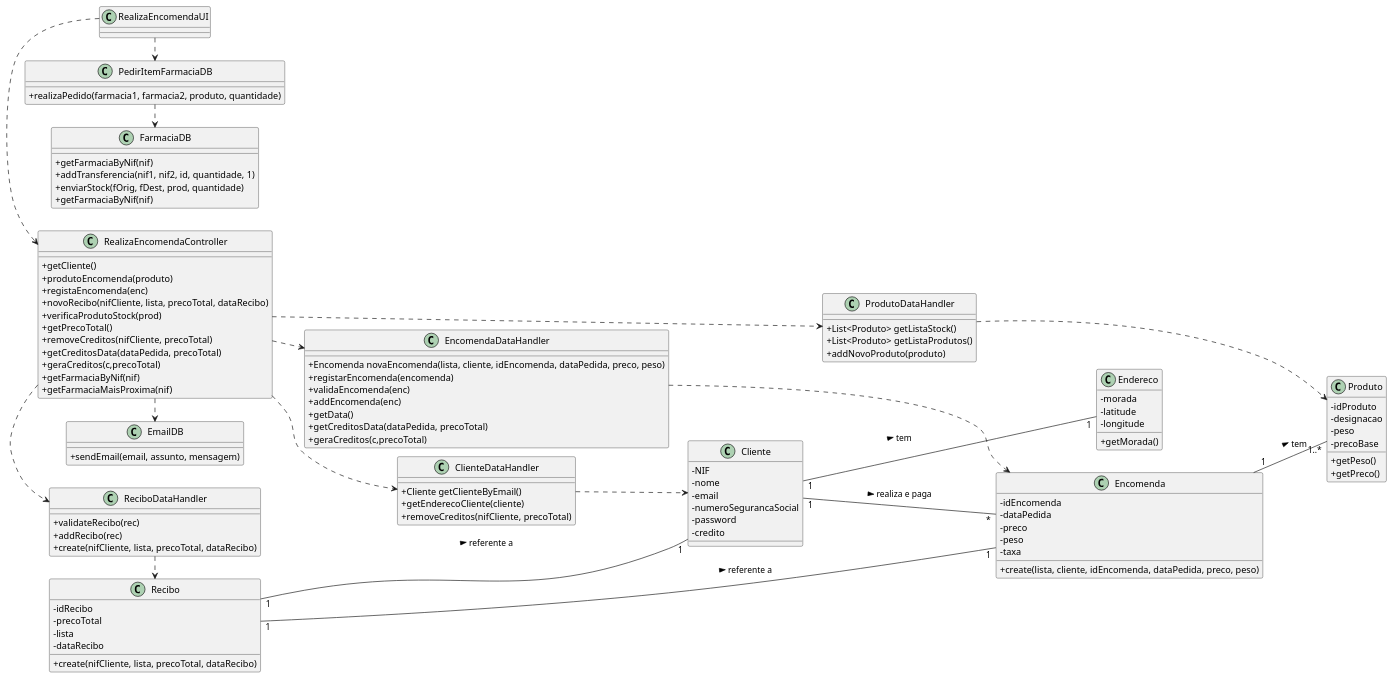
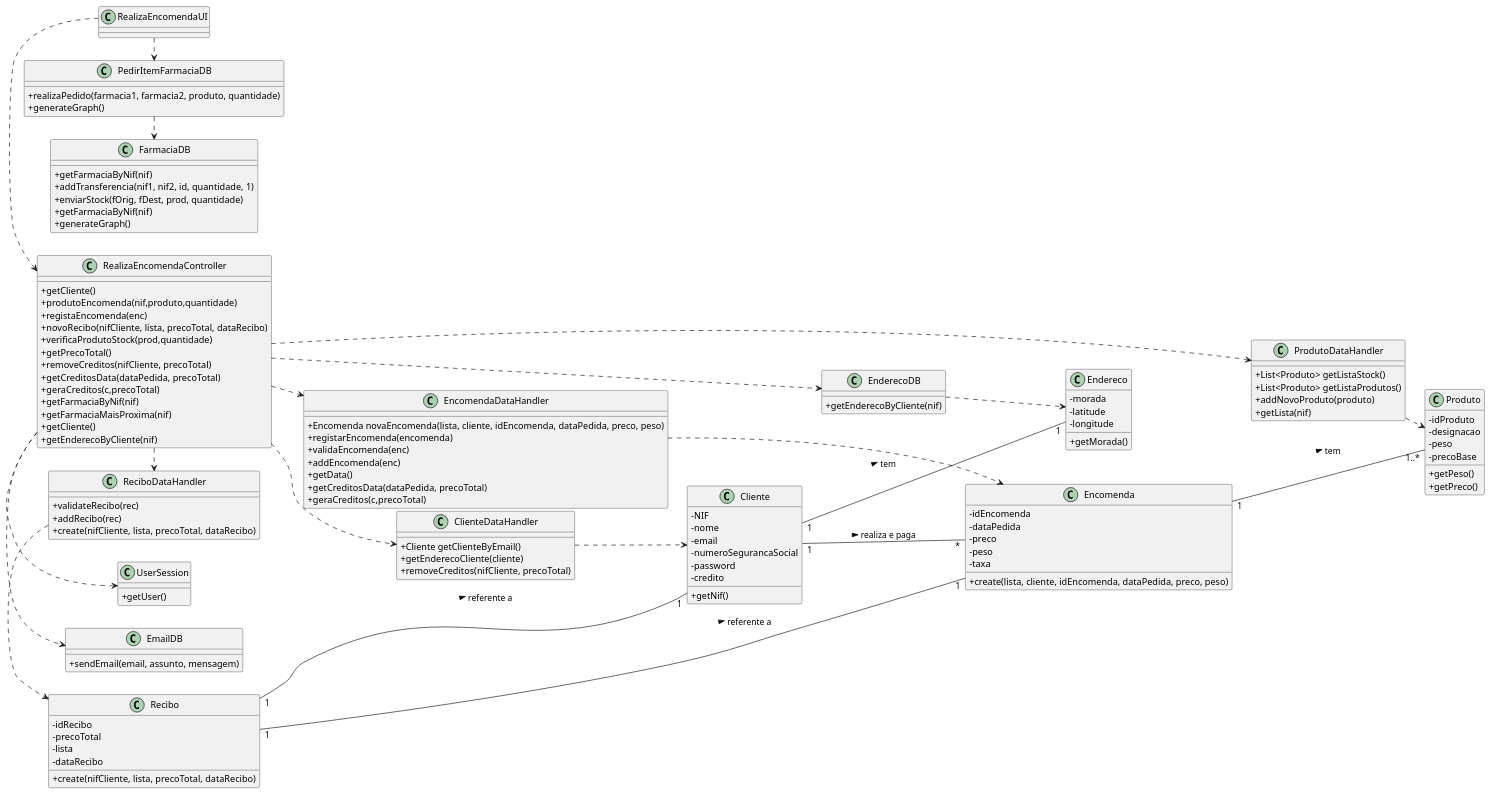
The diagram in docs/UC25/CD.puml (pedrolemos4/LAPR3), drawn with PlantUML before and after one commit. The commit also changed 5 other files, not shown here.

```diff
--- a/docs/UC25/CD.puml
+++ b/docs/UC25/CD.puml
@@ -1,132 +1,152 @@
 @startuml
 skinparam classAttributeIconSize 0
 left to right direction
 
 
 class RealizaEncomendaUI {
     
 }
 
 class RealizaEncomendaController {
     +getCliente()
-    +produtoEncomenda(produto)
+    +produtoEncomenda(nif,produto,quantidade)
     +registaEncomenda(enc)
     +novoRecibo(nifCliente, lista, precoTotal, dataRecibo)
-    +verificaProdutoStock(prod)
+    +verificaProdutoStock(prod,quantidade)
     +getPrecoTotal()
     +removeCreditos(nifCliente, precoTotal)
     +getCreditosData(dataPedida, precoTotal)
     +geraCreditos(c,precoTotal)
     +getFarmaciaByNif(nif)
     +getFarmaciaMaisProxima(nif)
+    +getCliente()
+    +getEnderecoByCliente(nif)
+}
+
+class UserSession {
+    +getUser()
 }
 
 class ClienteDataHandler {
     +Cliente getClienteByEmail()
     +getEnderecoCliente(cliente)
     +removeCreditos(nifCliente, precoTotal)
+}
+
+class EnderecoDB {
+    +getEnderecoByCliente(nif)
 }
 
 class EmailDB {
     +sendEmail(email, assunto, mensagem)
 }
 
 class ReciboDataHandler {
     +validateRecibo(rec)
     +addRecibo(rec)
     +create(nifCliente, lista, precoTotal, dataRecibo)
 }
 
 class ProdutoDataHandler {
     +List<Produto> getListaStock()
     +List<Produto> getListaProdutos()
     +addNovoProduto(produto)
+    +getLista(nif)
 }
 
 class EncomendaDataHandler {
     +Encomenda novaEncomenda(lista, cliente, idEncomenda, dataPedida, preco, peso)
     +registarEncomenda(encomenda)
     +validaEncomenda(enc)
     +addEncomenda(enc)
     +getData()
     +getCreditosData(dataPedida, precoTotal)
     +geraCreditos(c,precoTotal)
 }
 
 class FarmaciaDB {
     +getFarmaciaByNif(nif)
     +addTransferencia(nif1, nif2, id, quantidade, 1)
     +enviarStock(fOrig, fDest, prod, quantidade)
     +getFarmaciaByNif(nif)
+    +generateGraph()
 }
 
 class PedirItemFarmaciaDB {
     +realizaPedido(farmacia1, farmacia2, produto, quantidade)
+    +generateGraph()
 }
 
 class Recibo {
   -idRecibo
   -precoTotal
   -lista
   -dataRecibo
   +create(nifCliente, lista, precoTotal, dataRecibo)
 }
 
 class Encomenda {
   -idEncomenda
   -dataPedida
   -preco
   -peso
   -taxa
   +create(lista, cliente, idEncomenda, dataPedida, preco, peso)
 }
 
 class Produto {
     -idProduto
     -designacao
     -peso
     -precoBase
     +getPeso()
     +getPreco()
 }
 
 class Endereco {
   -morada
   -latitude
   -longitude
   +getMorada()
 }
 
 class Cliente {
   -NIF
   -nome
   -email
   -numeroSegurancaSocial
   -password
   -credito
+  +getNif()
 }
 
 RealizaEncomendaUI .> RealizaEncomendaController
 
 RealizaEncomendaController .> ClienteDataHandler
 RealizaEncomendaController .> ProdutoDataHandler
 RealizaEncomendaController .> EncomendaDataHandler
 RealizaEncomendaController .> ReciboDataHandler
 RealizaEncomendaController .> EmailDB
+
+RealizaEncomendaController .> EnderecoDB
+
+EnderecoDB .> Endereco
+
+RealizaEncomendaController .> UserSession
 
 RealizaEncomendaUI .> PedirItemFarmaciaDB
 
 PedirItemFarmaciaDB .> FarmaciaDB
 
 ClienteDataHandler .> Cliente
 ProdutoDataHandler .> Produto
 EncomendaDataHandler .> Encomenda
 ReciboDataHandler .> Recibo
 
 Recibo "1" -- "1" Encomenda: referente a >
 Recibo "1" -- "1" Cliente: referente a >
 Cliente "1" -- "*" Encomenda: realiza e paga >
 Encomenda "1" -- "1..*" Produto: tem >
 Cliente "1" -- "1" Endereco: tem >
 
 @enduml
```
